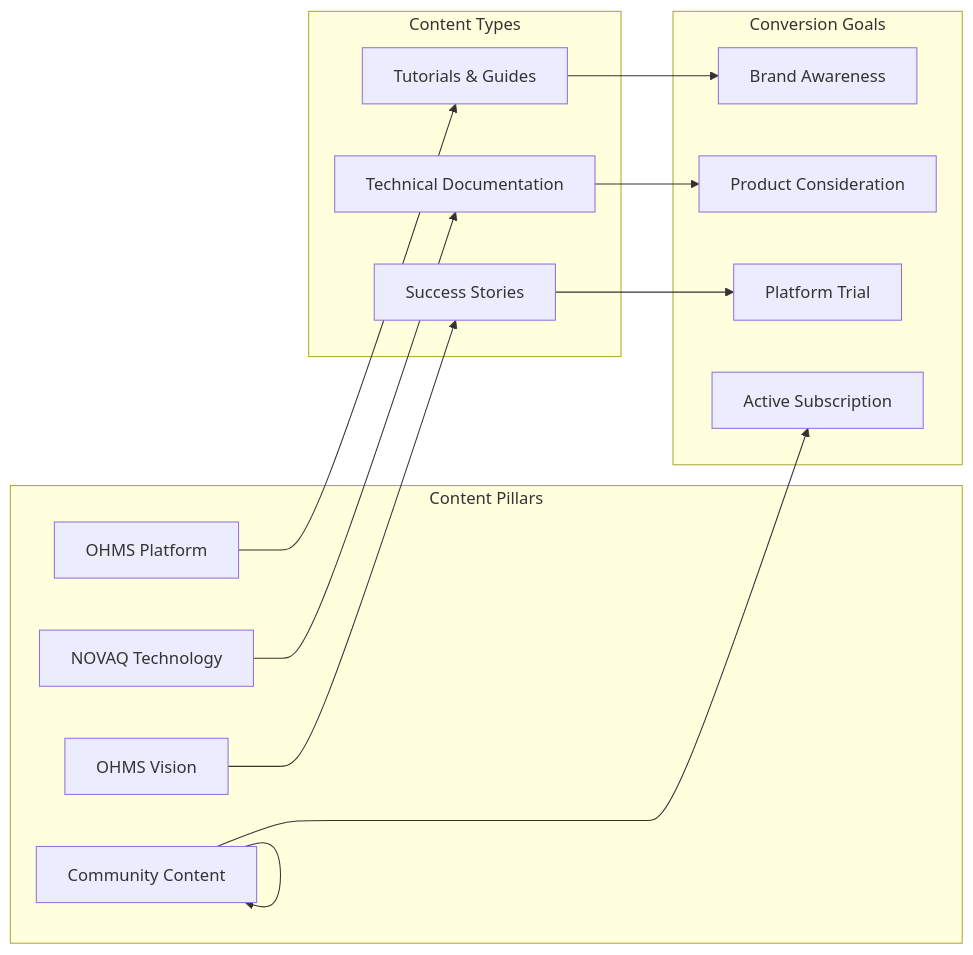
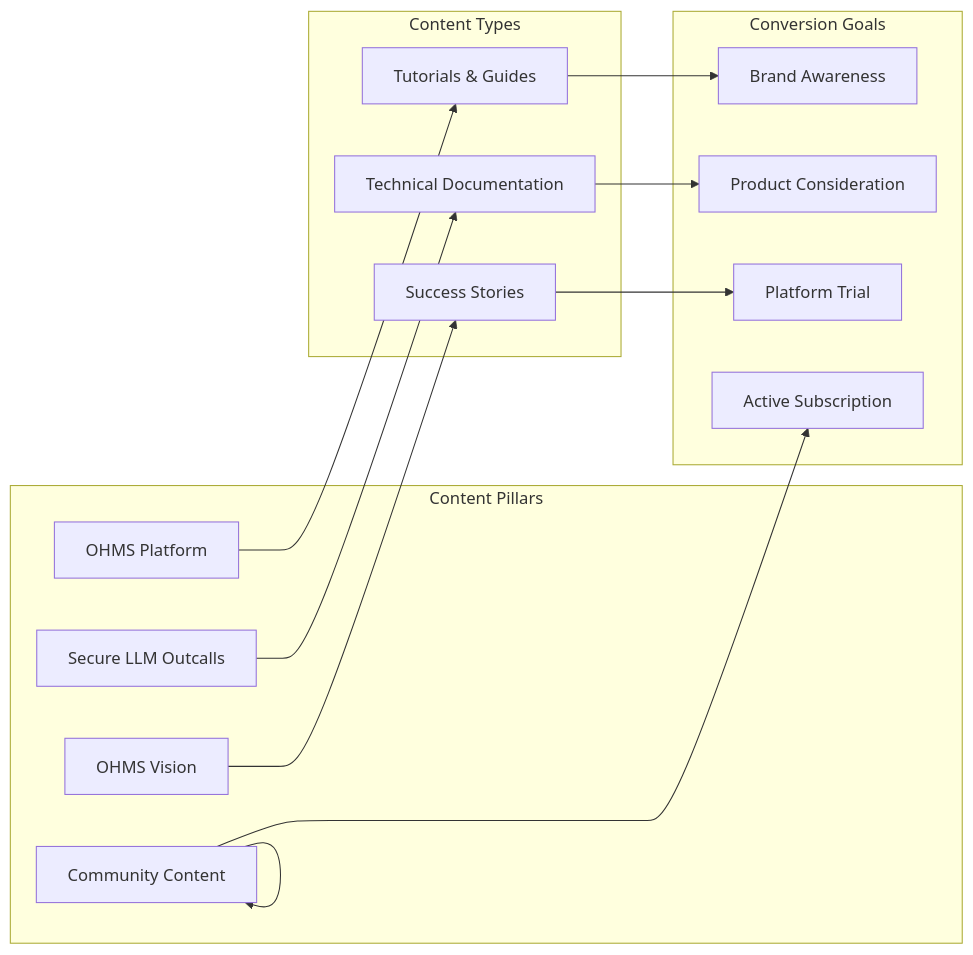
The fourth of 5 diagrams in ohms-website/README.md (OHMS-DeAI/ohms-2.0), drawn with Mermaid before and after one commit. The commit also changed other lines of this file and 21 other files, not shown here.

````diff
--- a/ohms-website/README.md
+++ b/ohms-website/README.md
@@ -244,33 +244,33 @@
 ```mermaid
 graph LR
     subgraph "Content Pillars"
         Platform[OHMS Platform]
-        Technology[NOVAQ Technology]
+        Technology[Secure LLM Outcalls]
         Vision[OHMS Vision]
         Community[Community]
     end
 
     subgraph "Content Types"
         Educational[Tutorials & Guides]
         Technical[Technical Documentation]
         Inspirational[Success Stories]
         Community[Community Content]
     end
 
     subgraph "Conversion Goals"
         Awareness[Brand Awareness]
         Consideration[Product Consideration]
         Trial[Platform Trial]
         Subscription[Active Subscription]
     end
 
     Platform --> Educational
     Technology --> Technical
     Vision --> Inspirational
     Community --> Community
 
     Educational --> Awareness
     Technical --> Consideration
     Inspirational --> Trial
     Community --> Subscription
 ```
````
